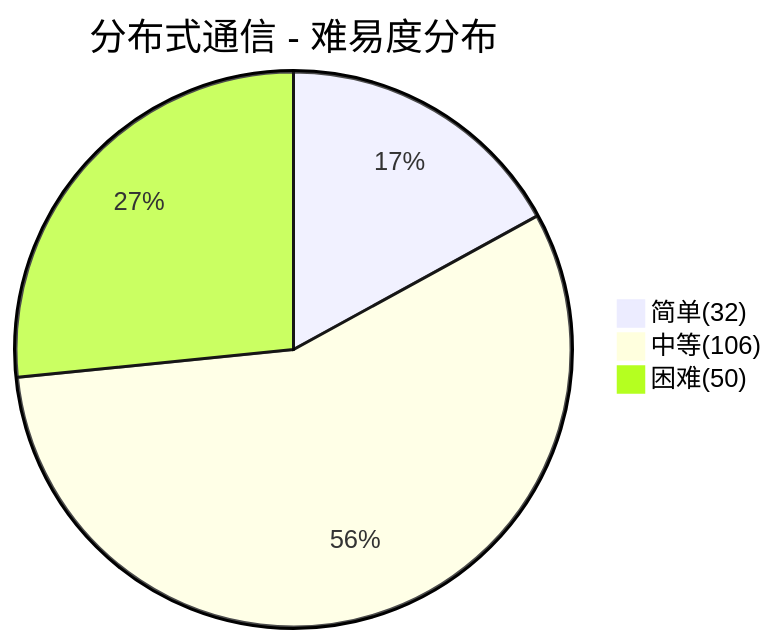
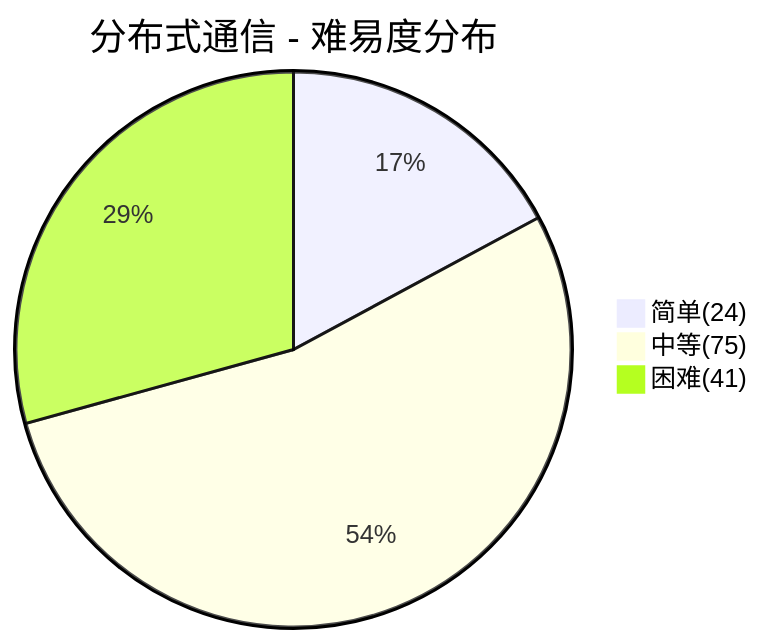
The fourth of 6 diagrams in docs/99.面试/分布式面试.md (dunwu/waterdrop), drawn with Mermaid before and after one commit. The commit also changed other lines of this file and 73 other files, not shown here.

````diff
--- a/docs/99.面试/分布式面试.md
+++ b/docs/99.面试/分布式面试.md
@@ -234,6 +234,6 @@
 ```mermaid
 pie title 分布式通信 - 难易度分布
-    "简单(32)" : 32
-    "中等(106)" : 106
-    "困难(50)" : 50
+    "简单(24)" : 24
+    "中等(75)" : 75
+    "困难(41)" : 41
 ```
````
